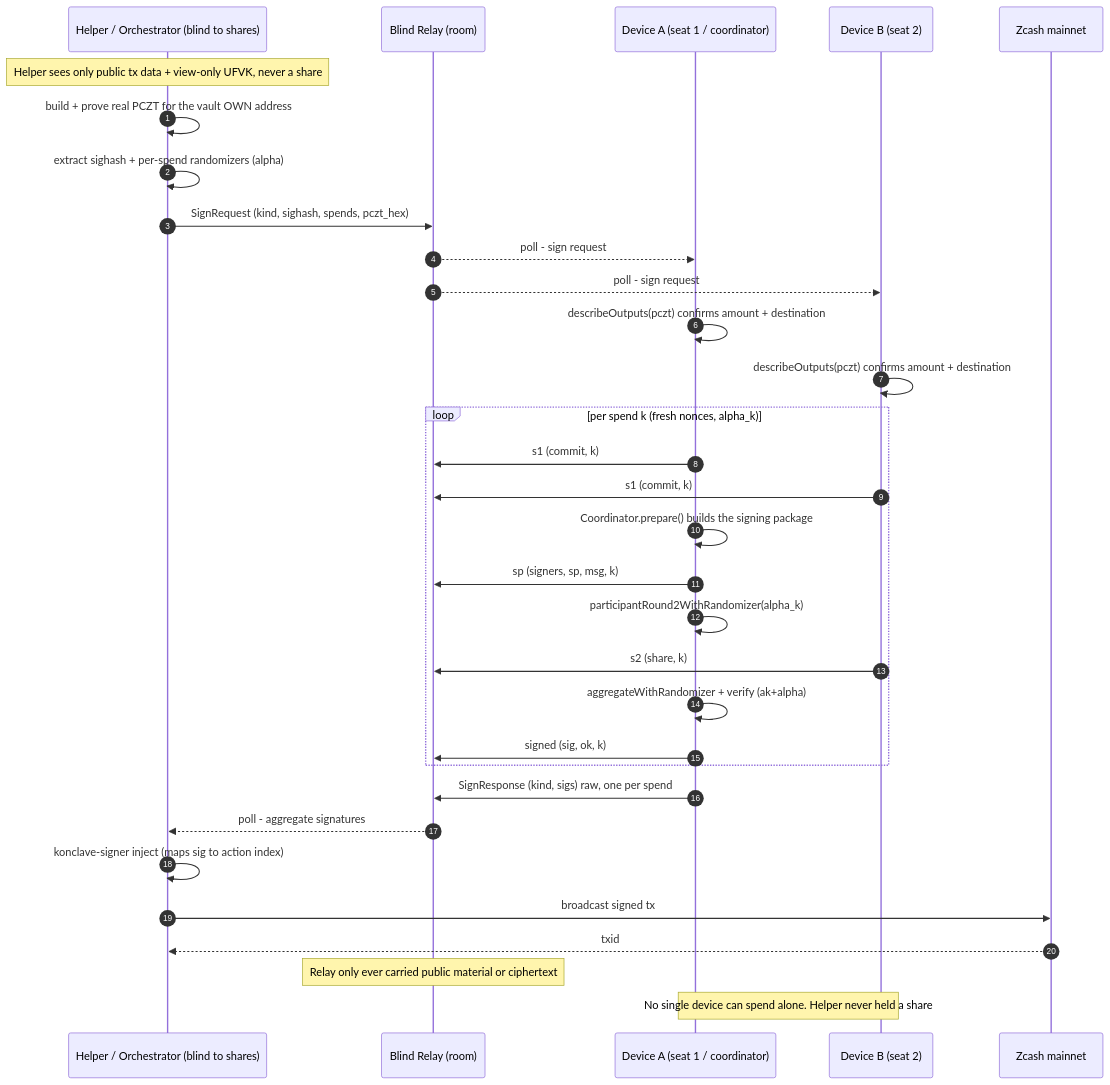
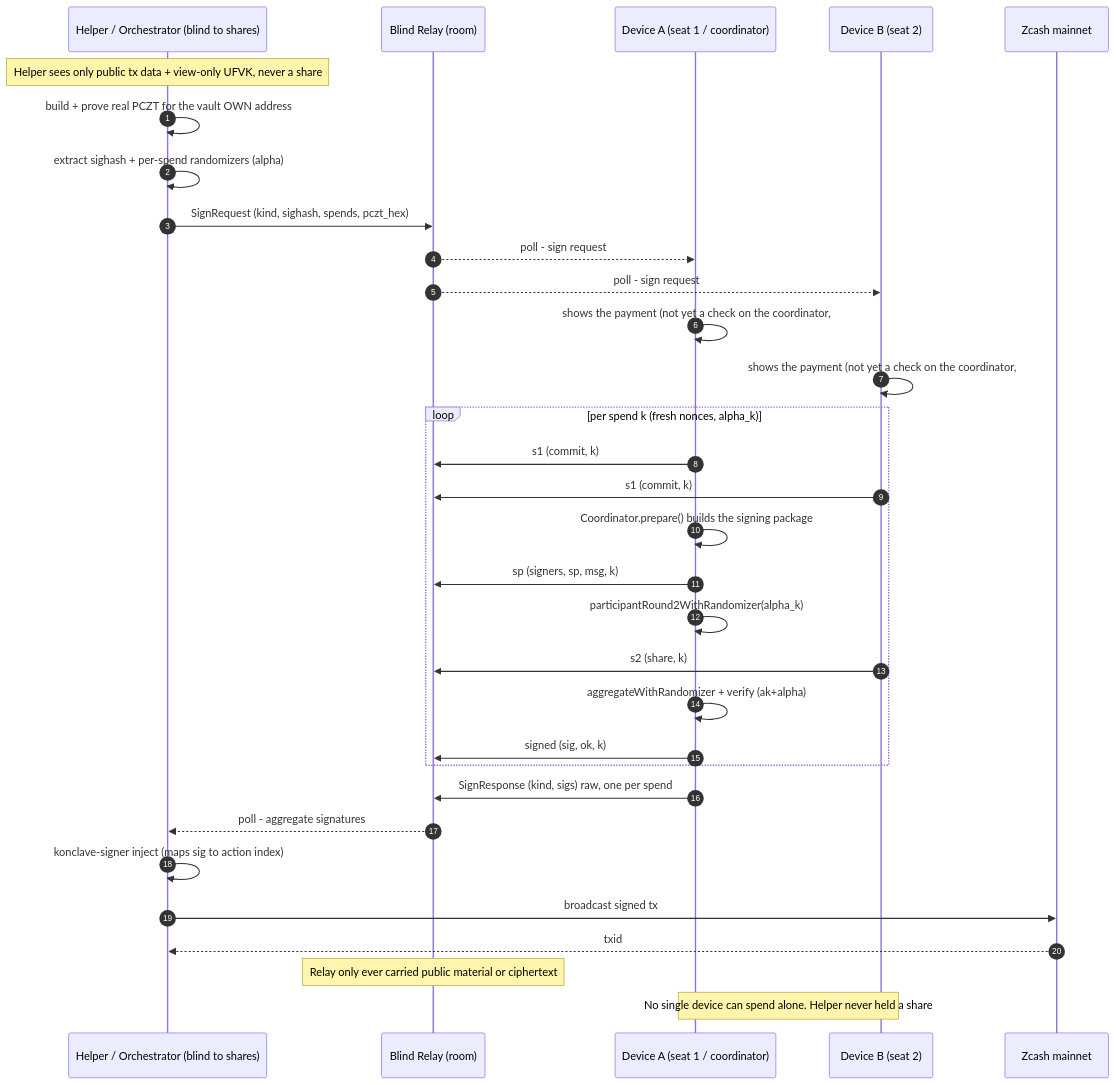
Before and after one commit to deegalabs/konclave: the seventh of 7 diagrams in docs/GUIDE.md, drawn with Mermaid. The commit also changed 11 other files, not shown here.

````diff
--- a/docs/GUIDE.md
+++ b/docs/GUIDE.md
@@ -582,37 +582,37 @@
 ```mermaid
 sequenceDiagram
     autonumber
     participant H as Helper / Orchestrator (blind to shares)
     participant BR as Blind Relay (room)
     participant DA as Device A (seat 1 / coordinator)
     participant DB as Device B (seat 2)
     participant Z as Zcash mainnet
 
     Note over H: Helper sees only public tx data + view-only UFVK, never a share
     H->>H: build + prove real PCZT for the vault OWN address
     H->>H: extract sighash + per-spend randomizers (alpha)
     H->>BR: SignRequest (kind, sighash, spends, pczt_hex)
     BR-->>DA: poll - sign request
     BR-->>DB: poll - sign request
 
-    DA->>DA: describeOutputs(pczt) confirms amount + destination
-    DB->>DB: describeOutputs(pczt) confirms amount + destination
+    DA->>DA: shows the payment (not yet a check on the coordinator, #610)
+    DB->>DB: shows the payment (not yet a check on the coordinator, #610)
     loop per spend k (fresh nonces, alpha_k)
         DA->>BR: s1 (commit, k)
         DB->>BR: s1 (commit, k)
         DA->>DA: Coordinator.prepare() builds the signing package
         DA->>BR: sp (signers, sp, msg, k)
         DA->>DA: participantRound2WithRandomizer(alpha_k)
         DB->>BR: s2 (share, k)
         DA->>DA: aggregateWithRandomizer + verify (ak+alpha)
         DA->>BR: signed (sig, ok, k)
     end
 
     DA->>BR: SignResponse (kind, sigs) raw, one per spend
     BR-->>H: poll - aggregate signatures
     H->>H: konclave-signer inject (maps sig to action index)
     H->>Z: broadcast signed tx
     Z-->>H: txid
     Note over BR: Relay only ever carried public material or ciphertext
     Note over DA,DB: No single device can spend alone. Helper never held a share
 ```
````
